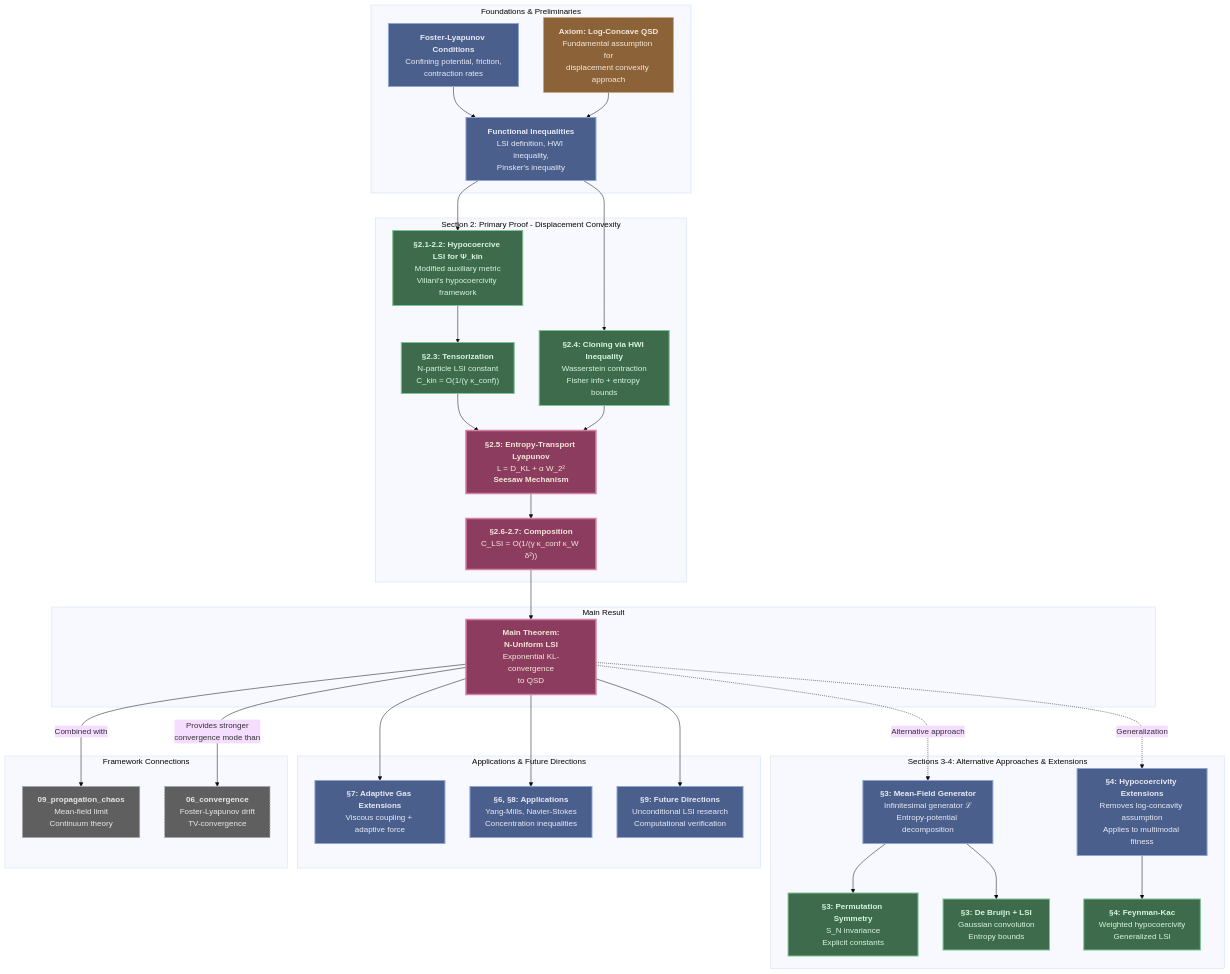
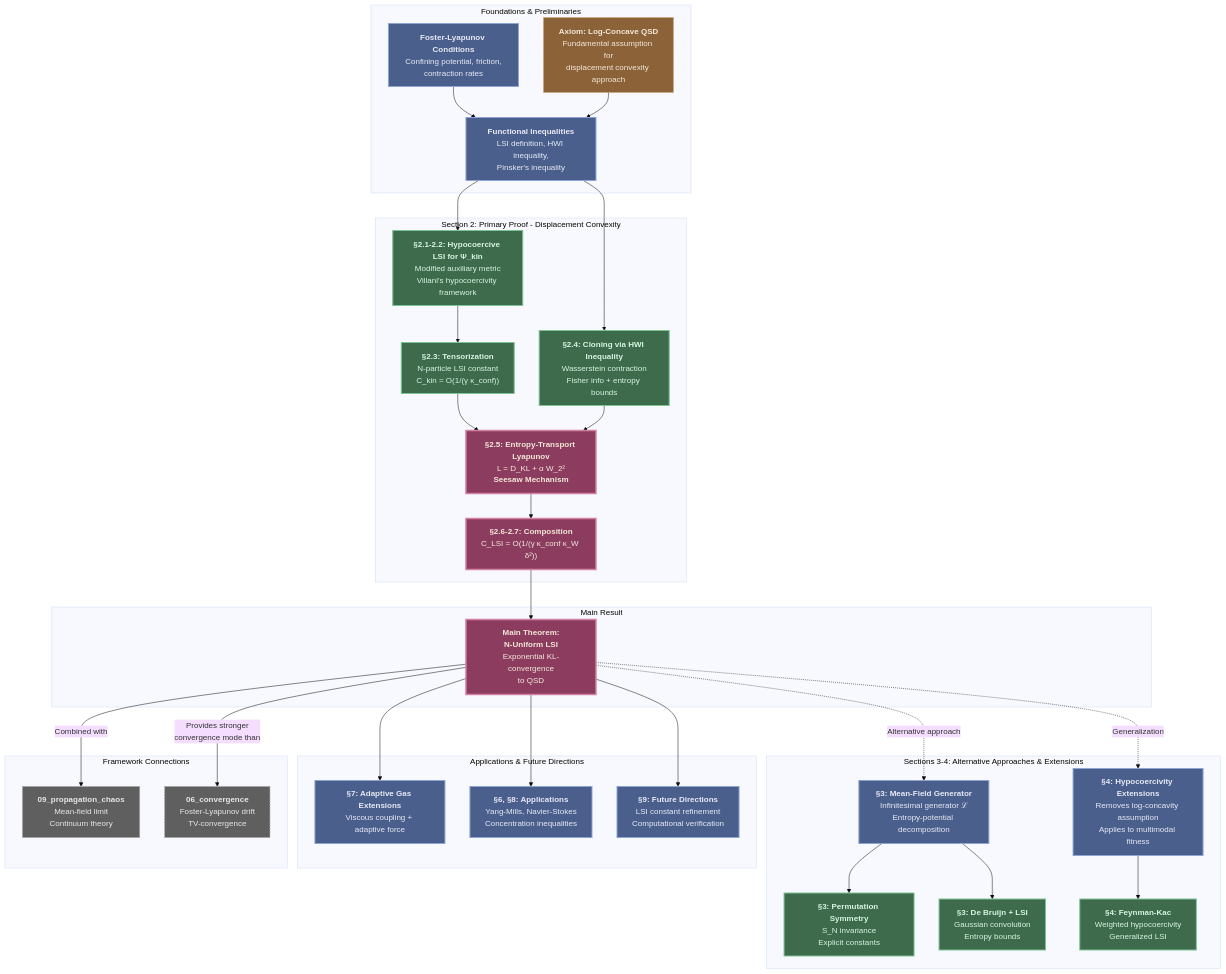
One commit to FragileTech/fragile changed the diagram in docs/source/3_fractal_gas/appendices/15_kl_convergence.md. Above: the diagram before and after it, drawn with Mermaid (base theme). The commit also changed other lines of this file and 21 other files, not shown here.

````diff
--- a/docs/source/3_fractal_gas/appendices/15_kl_convergence.md
+++ b/docs/source/3_fractal_gas/appendices/15_kl_convergence.md
@@ -65,69 +65,69 @@
 ```{mermaid}
 graph TD
     subgraph "Foundations & Preliminaries"
         A["<b>Axiom: Log-Concave QSD</b><br>Fundamental assumption for<br>displacement convexity approach"]:::axiomStyle
         B["<b>Foster-Lyapunov Conditions</b><br>Confining potential, friction,<br>contraction rates"]:::stateStyle
         C["<b>Functional Inequalities</b><br>LSI definition, HWI inequality,<br>Pinsker's inequality"]:::stateStyle
         B --> C
         A --> C
     end
 
     subgraph "Section 2: Primary Proof - Displacement Convexity"
         D["<b>§2.1-2.2: Hypocoercive LSI for Ψ_kin</b><br>Modified auxiliary metric<br>Villani's hypocoercivity framework"]:::lemmaStyle
         E["<b>§2.3: Tensorization</b><br>N-particle LSI constant<br>C_kin = O(1/(γ κ_conf))"]:::lemmaStyle
         F["<b>§2.4: Cloning via HWI Inequality</b><br>Wasserstein contraction<br>Fisher info + entropy bounds"]:::lemmaStyle
         G["<b>§2.5: Entropy-Transport Lyapunov</b><br>L = D_KL + α W_2²<br><b>Seesaw Mechanism</b>"]:::theoremStyle
         H["<b>§2.6-2.7: Composition</b><br>C_LSI = O(1/(γ κ_conf κ_W δ²))"]:::theoremStyle
 
         C --> D
         D --> E
         C --> F
         E --> G
         F --> G
         G --> H
     end
 
     subgraph "Main Result"
         MainResult["<b>Main Theorem:</b><br><b>N-Uniform LSI</b><br>Exponential KL-convergence<br>to QSD"]:::theoremStyle
         H --> MainResult
     end
 
     subgraph "Sections 3-4: Alternative Approaches & Extensions"
         I["<b>§3: Mean-Field Generator</b><br>Infinitesimal generator ℒ<br>Entropy-potential decomposition"]:::stateStyle
         J["<b>§3: Permutation Symmetry</b><br>S_N invariance<br>Explicit constants"]:::lemmaStyle
         K["<b>§3: De Bruijn + LSI</b><br>Gaussian convolution<br>Entropy bounds"]:::lemmaStyle
 
         M["<b>§4: Hypocoercivity Extensions</b><br>Removes log-concavity assumption<br>Applies to multimodal fitness"]:::stateStyle
         N["<b>§4: Feynman-Kac</b><br>Weighted hypocoercivity<br>Generalized LSI"]:::lemmaStyle
 
         MainResult -.->|"Alternative approach"| I
         MainResult -.->|"Generalization"| M
         I --> J
         I --> K
         M --> N
     end
 
     subgraph "Applications & Future Directions"
         P["<b>§7: Adaptive Gas Extensions</b><br>Viscous coupling + adaptive force"]:::stateStyle
         Q["<b>§6, §8: Applications</b><br>Yang-Mills, Navier-Stokes<br>Concentration inequalities"]:::stateStyle
-        R["<b>§9: Future Directions</b><br>Unconditional LSI research<br>Computational verification"]:::stateStyle
+        R["<b>§9: Future Directions</b><br>LSI constant refinement<br>Computational verification"]:::stateStyle
 
         MainResult --> P
         MainResult --> Q
         MainResult --> R
     end
 
     subgraph "Framework Connections"
         S["<b>09_propagation_chaos</b><br>Mean-field limit<br>Continuum theory"]:::externalStyle
         T["<b>06_convergence</b><br>Foster-Lyapunov drift<br>TV-convergence"]:::externalStyle
     end
 
     MainResult --"Provides stronger<br>convergence mode than"--> T
     MainResult --"Combined with"--> S
 
     classDef stateStyle fill:#4a5f8c,stroke:#8fa4d4,stroke-width:2px,color:#e8eaf6
     classDef axiomStyle fill:#8c6239,stroke:#d4a574,stroke-width:2px,stroke-dasharray: 5 5,color:#f4e8d8
     classDef lemmaStyle fill:#3d6b4b,stroke:#7fc296,stroke-width:2px,color:#d8f4e3
     classDef theoremStyle fill:#8c3d5f,stroke:#d47fa4,stroke-width:3px,color:#f4e8d8
     classDef externalStyle fill:#5f5f5f,stroke:#a0a0a0,stroke-width:2px,stroke-dasharray: 3 3,color:#e8e8e8
 ```
````
